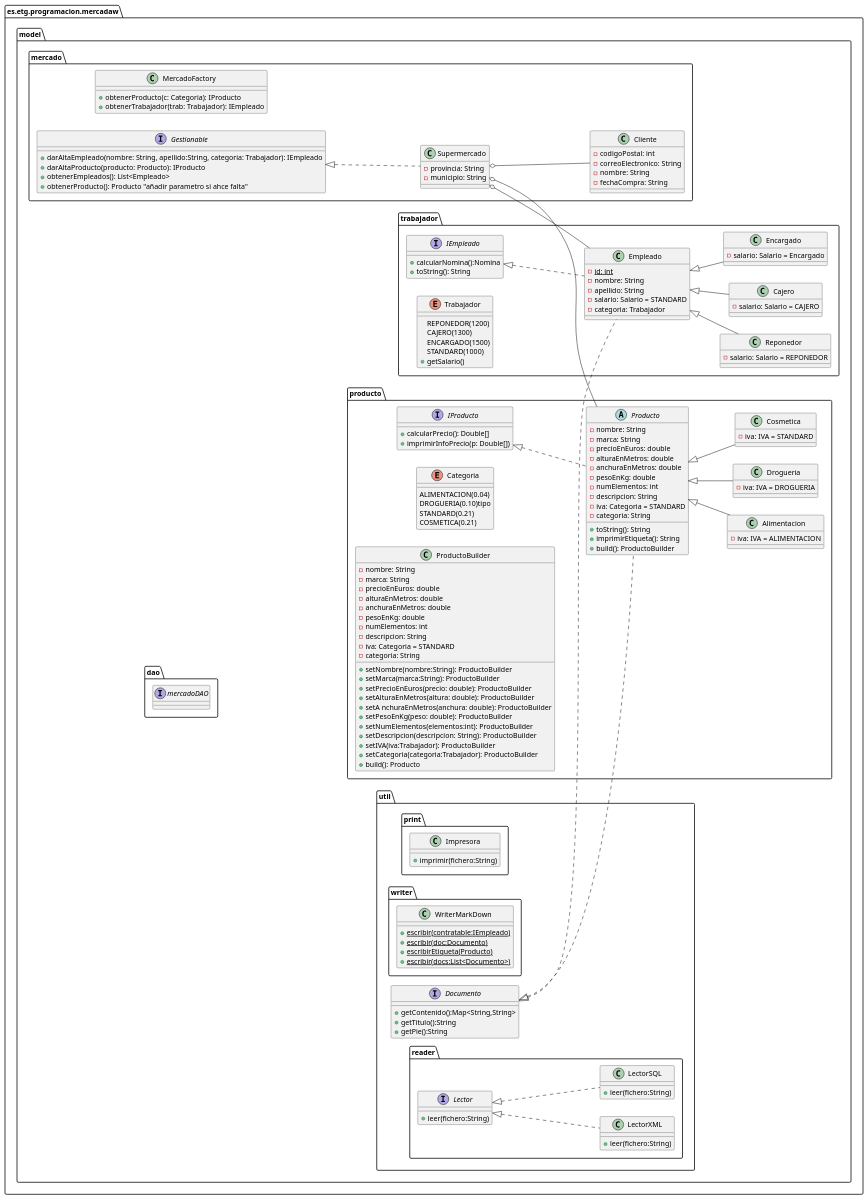
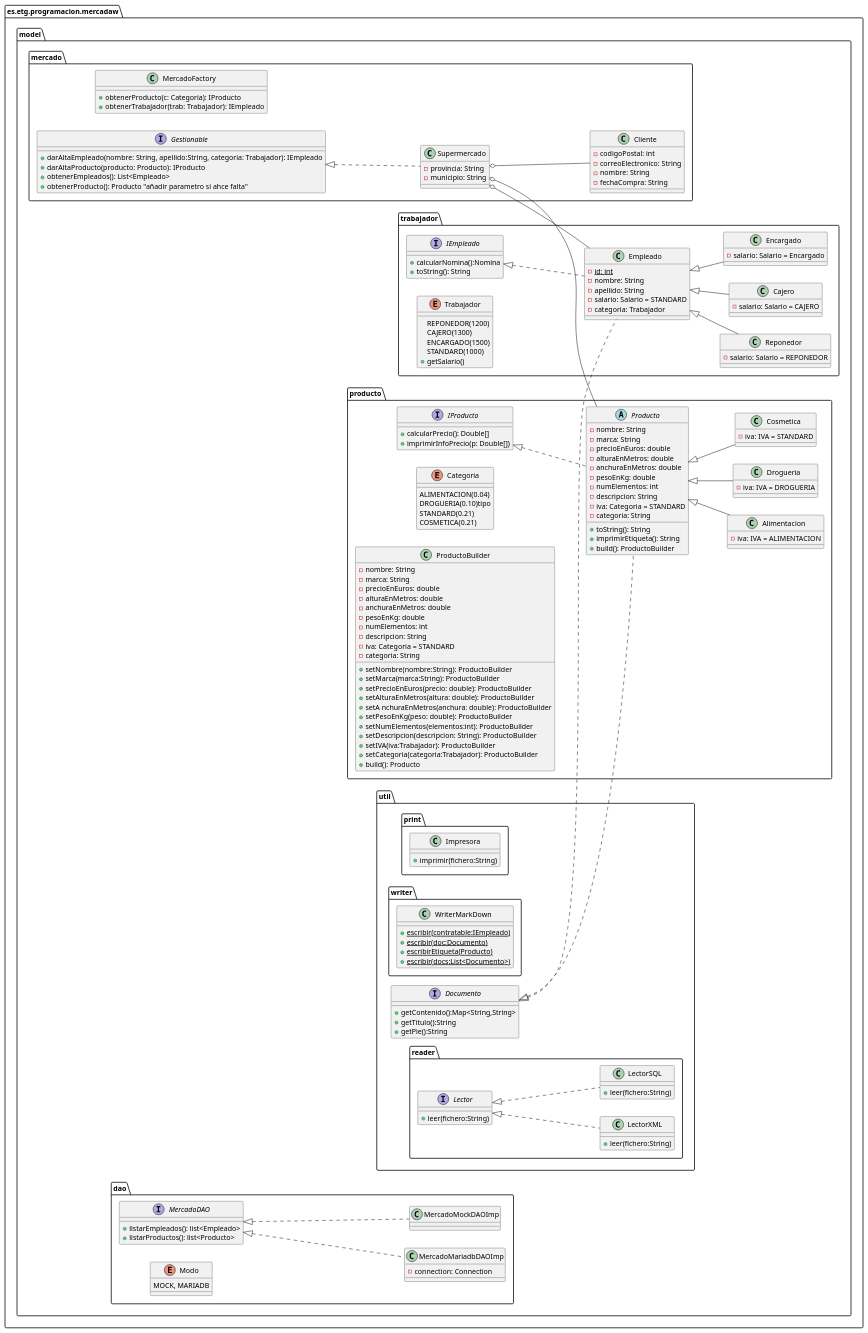
Before and after one commit to Edsonbs/MercaDAW: the first of 2 diagrams in design/DiagramaClases.pu, drawn with PlantUML. The commit also changed 1 other file, not shown here.

Commit message:
diseño clases dao casi acabado

```diff
--- a/design/DiagramaClases.pu
+++ b/design/DiagramaClases.pu
@@ -1,184 +1,198 @@
 @startuml Diagrama clases Mercado
 set separator none
 left to right direction
 package es.etg.programacion.mercadaw{
     package model{
         package mercado{
             class Supermercado{
                     -provincia: String
                     -municipio: String
             }       
 
             
             class Cliente{
                 -codigoPostal: int
                 -correoElectronico: String
                 -nombre: String
                 -fechaCompra: String
             }
             
             
             class MercadoFactory{
                 +obtenerProducto(c: Categoria): IProducto
                 +obtenerTrabajador(trab: Trabajador): IEmpleado
             }
             interface Gestionable{
                 +darAltaEmpleado(nombre: String, apellido:String, categoria: Trabajador): IEmpleado
                 +darAltaProducto(producto: Producto): IProducto
                 +obtenerEmpleados(): List<Empleado>
                 +obtenerProducto(): Producto "añadir parametro si ahce falta"
 
             }
         }
         package producto{
             abstract Producto{
                 -nombre: String
                 -marca: String
                 -precioEnEuros: double
                 -alturaEnMetros: double
                 -anchuraEnMetros: double
                 -pesoEnKg: double
                 -numElementos: int
                 -descripcion: String
                 -iva: Categoria = STANDARD
                 -categoria: String
                 +toString(): String
                 +imprimirEtiqueta(): String
                 +build(): ProductoBuilder
             }
 
             interface IProducto{
                 +calcularPrecio(): Double[]
                 +imprimirInfoPrecio(p: Double[])
             }
                 
             class Alimentacion{
                 -iva: IVA = ALIMENTACION
             }
             class Drogueria{
                 -iva: IVA = DROGUERIA
             }
 
             class Cosmetica{
                 -iva: IVA = STANDARD
             }
             enum Categoria{
                 ALIMENTACION(0.04)
                 DROGUERIA(0.10)tipo
                 STANDARD(0.21)
                 COSMETICA(0.21)
 
             }
             class ProductoBuilder{
                 -nombre: String
                 -marca: String
                 -precioEnEuros: double
                 -alturaEnMetros: double
                 -anchuraEnMetros: double
                 -pesoEnKg: double
                 -numElementos: int
                 -descripcion: String
                 -iva: Categoria = STANDARD
                 -categoria: String
                 +setNombre(nombre:String): ProductoBuilder
                 +setMarca(marca:String): ProductoBuilder
                 +setPrecioEnEuros(precio: double): ProductoBuilder
                 +setAlturaEnMetros(altura: double): ProductoBuilder
                 +setA nchuraEnMetros(anchura: double): ProductoBuilder
                 +setPesoEnKg(peso: double): ProductoBuilder
                 +setNumElementos(elementos:int): ProductoBuilder
                 +setDescripcion(descripcion: String): ProductoBuilder
                 +setIVA(iva:Trabajador): ProductoBuilder
                 +setCategoria(categoria:Trabajador): ProductoBuilder
                 +build(): Producto
             }
         }
         package trabajador{
             class Empleado{
                 -{static} id: int
                 -nombre: String
                 -apellido: String
                 -salario: Salario = STANDARD
                 -categoria: Trabajador
             }
             class Reponedor{
                 -salario: Salario = REPONEDOR
             }
             class Cajero{
                 -salario: Salario = CAJERO
             }
             class Encargado{
                 -salario: Salario = Encargado
             }
 
             interface IEmpleado{
                 +calcularNomina():Nomina
                 +toString(): String
             }
             enum Trabajador {
                 REPONEDOR(1200)
                 CAJERO(1300)
                 ENCARGADO(1500)
                 STANDARD(1000)
                 +getSalario()
             }
             }
         
         package util{
             interface Documento{
                 +getContenido():Map<String,String>
                 +getTitulo():String
                 +getPie():String
             }
         package print{
             class Impresora{
                 +imprimir(fichero:String)
             }
             }
         package writer{
             class WriterMarkDown{
                 +{static}escribir(contratable:IEmpleado)
                 +{static}escribir(doc:Documento)
                 +{static}escribirEtiqueta(Producto)
                 +{static}escribir(docs:List<Documento>)
                 }
             }
         package reader{
             interface Lector{
                 +leer(fichero:String)
             }
             class LectorXML{
                 +leer(fichero:String)
             }
             class LectorSQL{
                 +leer(fichero:String)
             }
                 Lector <|.. LectorXML
                 Lector <|.. LectorSQL
             }
         Documento <|.. Producto
         Documento <|.. Empleado
         }
         package dao{
-            interface mercadoDAO{
-                
+            interface MercadoDAO{
+                +listarEmpleados(): list<Empleado>
+                +listarProductos(): list<Producto>
+
             }
+            class MercadoMariadbDAOImp{
+                -connection: Connection
+            }
+            class MercadoMockDAOImp{
+
+            }
+            enum Modo{
+                MOCK, MARIADB
+            }
+        
+        MercadoDAO <|.. MercadoMariadbDAOImp
+        MercadoDAO <|.. MercadoMockDAOImp
         }   
     }
 } 
 
 Supermercado o-- Producto
 Supermercado o-- Empleado
 Supermercado o-- Cliente
 IProducto <|.. Producto
 Producto <|-- Alimentacion
 Producto <|-- Drogueria
 Producto <|-- Cosmetica
 Empleado <|-- Reponedor
 Empleado <|-- Cajero
 Empleado <|-- Encargado
 Gestionable <|.. Supermercado
 IEmpleado <|.. Empleado
 
 
 @enduml
```
